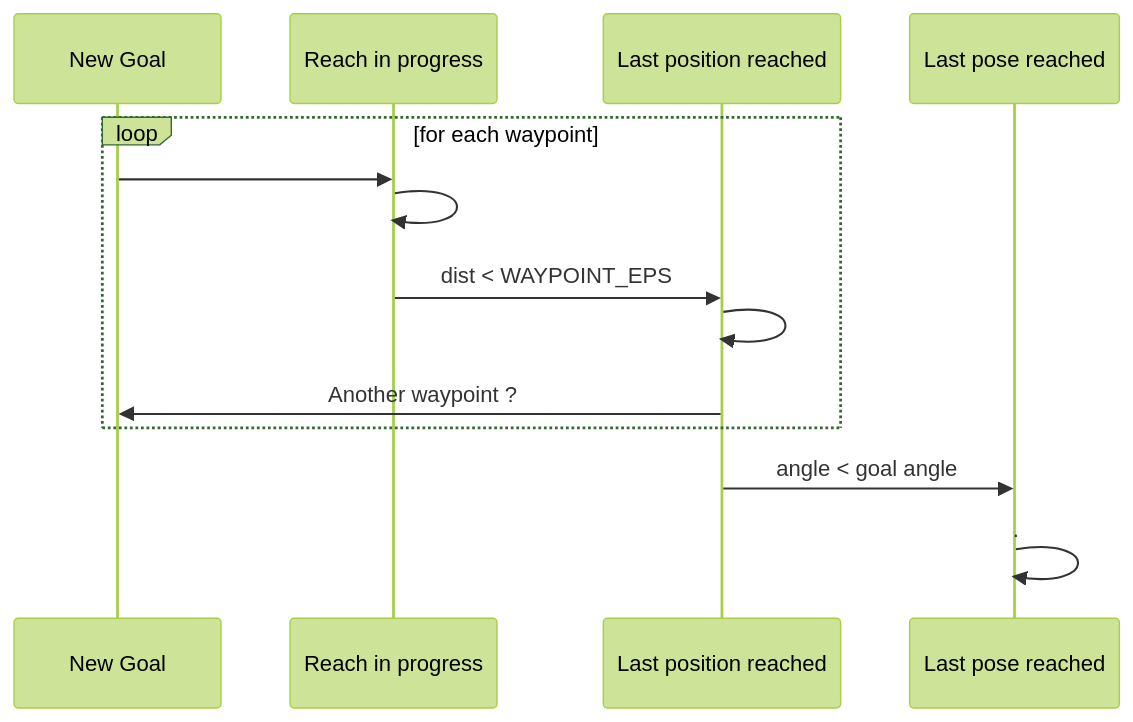
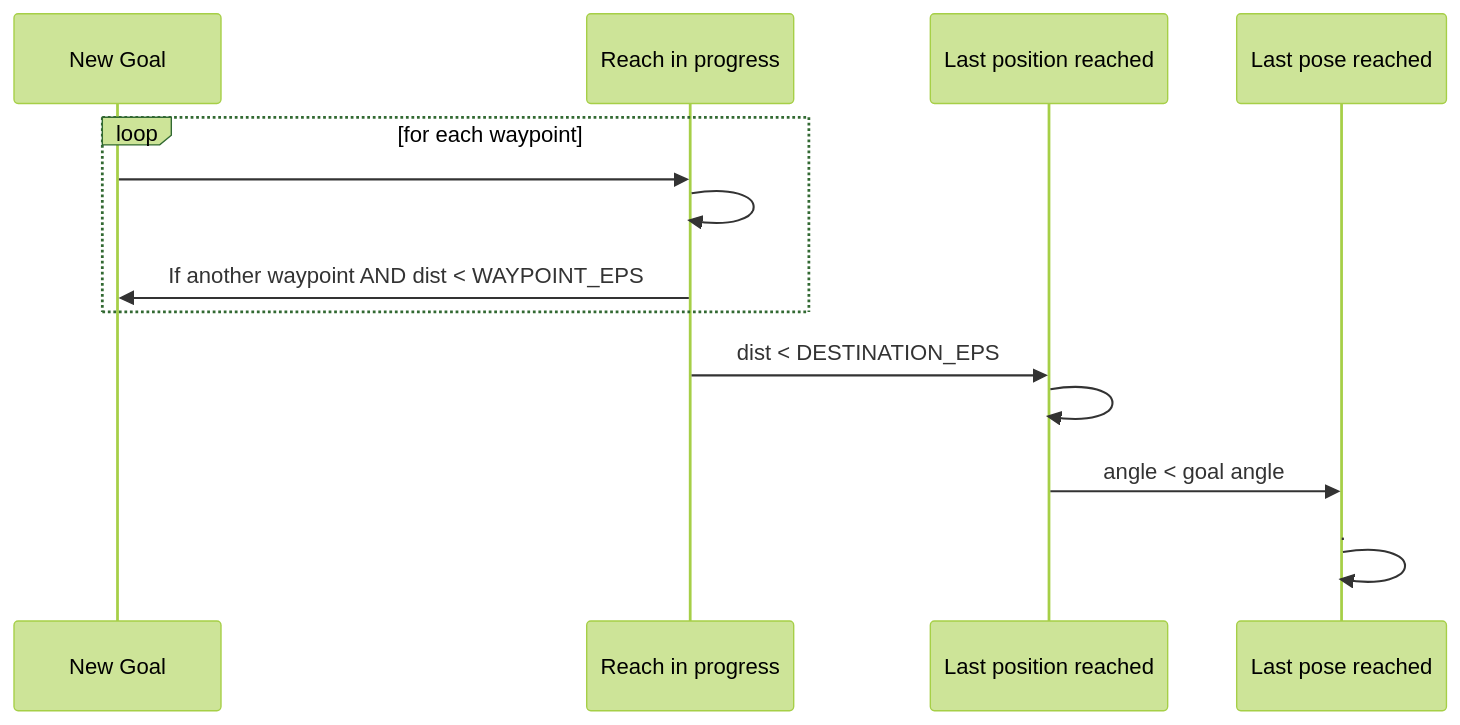
One commit to m0rph03nix/local_planner_student changed the second of 2 diagrams in README.md. Above: the diagram before and after it, drawn with Mermaid (forest theme).

Commit message:
update sequence graph

````diff
--- a/README.md
+++ b/README.md
@@ -97,19 +97,20 @@
 ```mermaid
 sequenceDiagram
     participant New Goal
     participant Reach in progress
     participant Last  position reached
     participant Last  pose reached
     loop for each waypoint
       New Goal->>Reach in progress: 
       Reach in progress->>Reach in progress: 
-      Reach in progress->>Last  position reached:  dist < WAYPOINT_EPS
-      Last  position reached->>Last  position reached: 
-      Last  position reached->>New Goal:  Another waypoint ? 
+
+      Reach in progress->>New Goal:  If another waypoint AND dist < WAYPOINT_EPS
     end
     
+    Reach in progress->>Last  position reached:  dist < DESTINATION_EPS
+    Last  position reached->>Last  position reached: 
     Last  position reached->>Last  pose reached:  angle < goal angle
     Last  pose reached->>Last  pose reached : .
     
     
 ```
````
